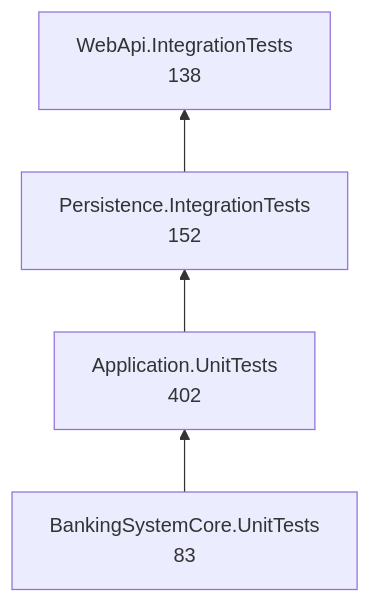
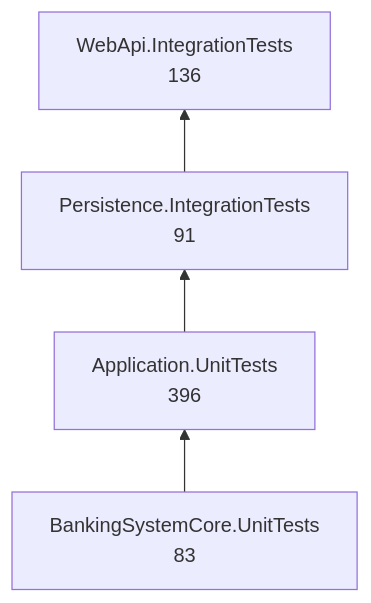
One commit to fatihazir/BankApp changed the seventh of 7 diagrams in README.md. Above: the diagram before and after it, drawn with Mermaid. The commit also changed other lines of this file and 13 other files, not shown here.

````diff
--- a/README.md
+++ b/README.md
@@ -221,6 +221,6 @@
 ```mermaid
 flowchart BT
-    A[BankingSystemCore.UnitTests<br/>83] --> B[Application.UnitTests<br/>402]
-    B --> C[Persistence.IntegrationTests<br/>152]
-    C --> D[WebApi.IntegrationTests<br/>138]
+    A[BankingSystemCore.UnitTests<br/>83] --> B[Application.UnitTests<br/>396]
+    B --> C[Persistence.IntegrationTests<br/>91]
+    C --> D[WebApi.IntegrationTests<br/>136]
 ```
````
